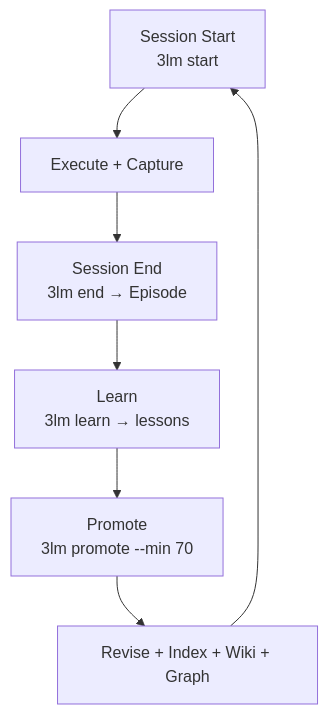
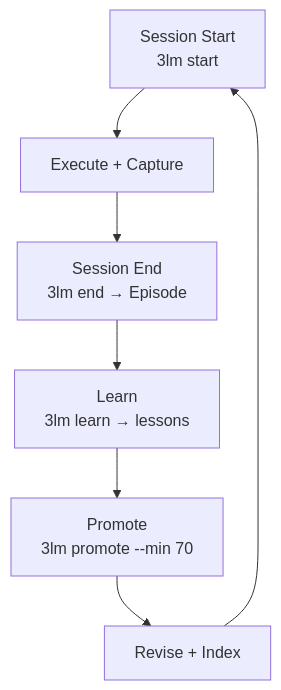
The diagram in README.md (kmagwenzi/ai-suplex), drawn with Mermaid before and after one commit. The commit also changed other lines of this file and 10 other files, not shown here.

First line of the commit message:
T023 Phase 4 — 777 free funnel: Node 20, no graph in the free path

````diff
--- a/README.md
+++ b/README.md
@@ -86,9 +86,9 @@
 ```mermaid
 flowchart TD
     A[Session Start<br/>3lm start] --> B[Execute + Capture]
     B --> C[Session End<br/>3lm end → Episode]
     C --> D[Learn<br/>3lm learn → lessons]
     D --> E[Promote<br/>3lm promote --min 70]
-    E --> F[Revise + Index + Wiki + Graph]
+    E --> F[Revise + Index]
     F --> A
 ```
````
